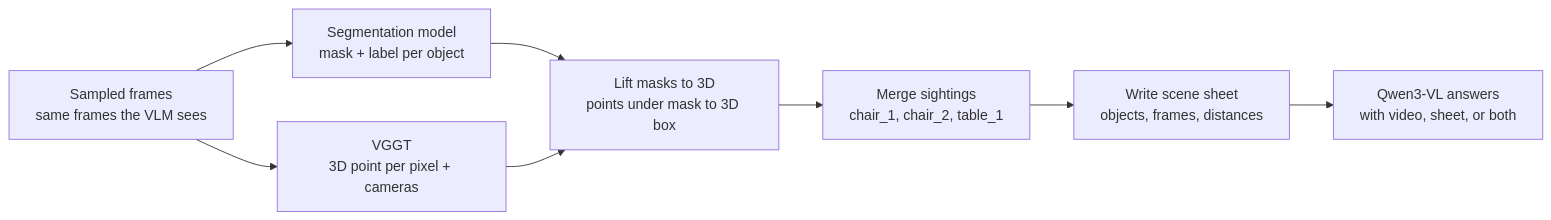
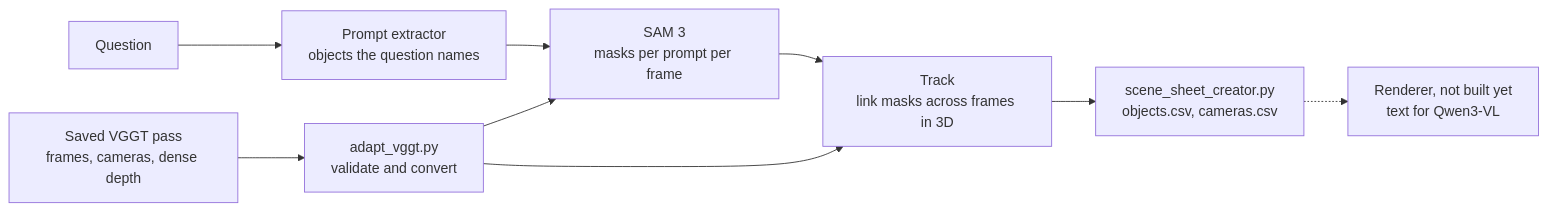
Before and after one commit to DarioVajda/mvp-3d-vlm: the diagram in docs/scene_sheet_plan.md, drawn with Mermaid. The commit also changed other lines of this file and 12 other files, not shown here.

````diff
--- a/docs/scene_sheet_plan.md
+++ b/docs/scene_sheet_plan.md
@@ -25,10 +45,11 @@
 ```mermaid
 flowchart LR
-    F[Sampled frames<br/>same frames the VLM sees] --> S[Segmentation model<br/>mask + label per object]
-    F --> V[VGGT<br/>3D point per pixel + cameras]
-    S --> L[Lift masks to 3D<br/>points under mask to 3D box]
-    V --> L
-    L --> M[Merge sightings<br/>chair_1, chair_2, table_1]
-    M --> W[Write scene sheet<br/>objects, frames, distances]
-    W --> Q[Qwen3-VL answers<br/>with video, sheet, or both]
+    Q[Question] --> P[Prompt extractor<br/>objects the question names]
+    E[Saved VGGT pass<br/>frames, cameras, dense depth] --> A[adapt_vggt.py<br/>validate and convert]
+    P --> S[SAM 3<br/>masks per prompt per frame]
+    A --> S
+    S --> T[Track<br/>link masks across frames in 3D]
+    A --> T
+    T --> W[scene_sheet_creator.py<br/>objects.csv, cameras.csv]
+    W -.-> R[Renderer, not built yet<br/>text for Qwen3-VL]
 ```
````
